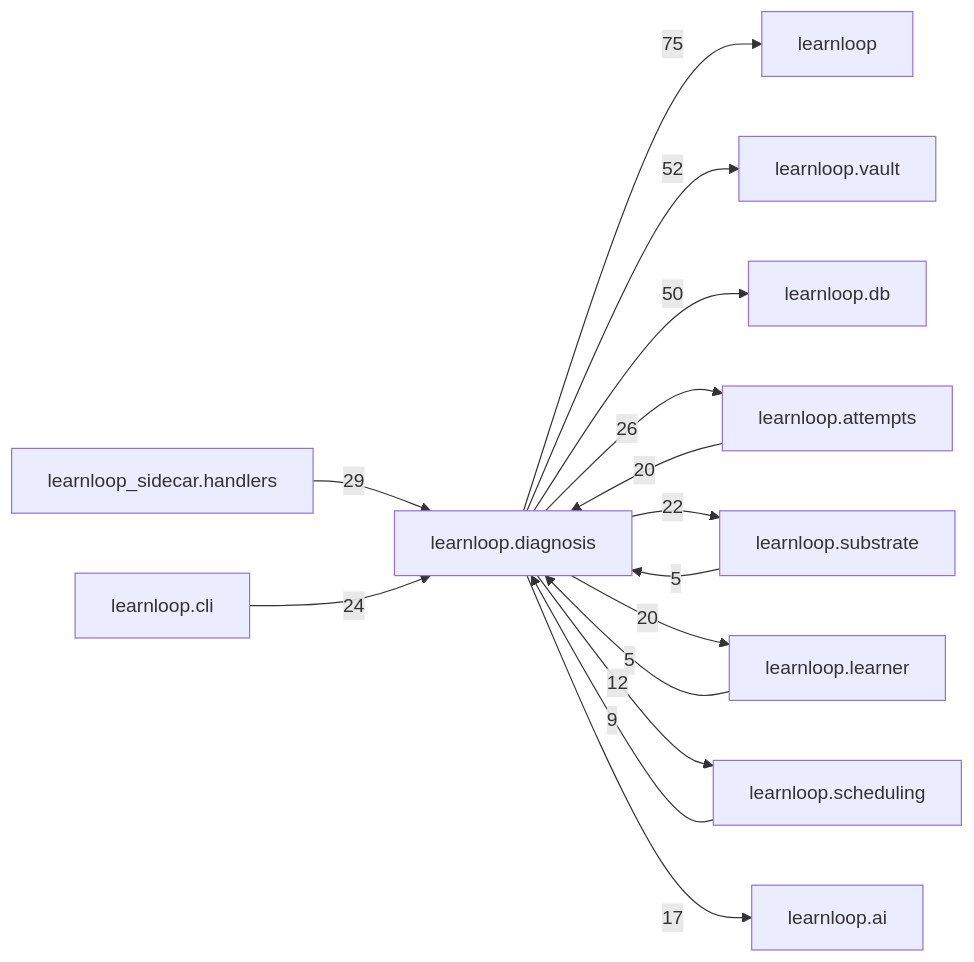
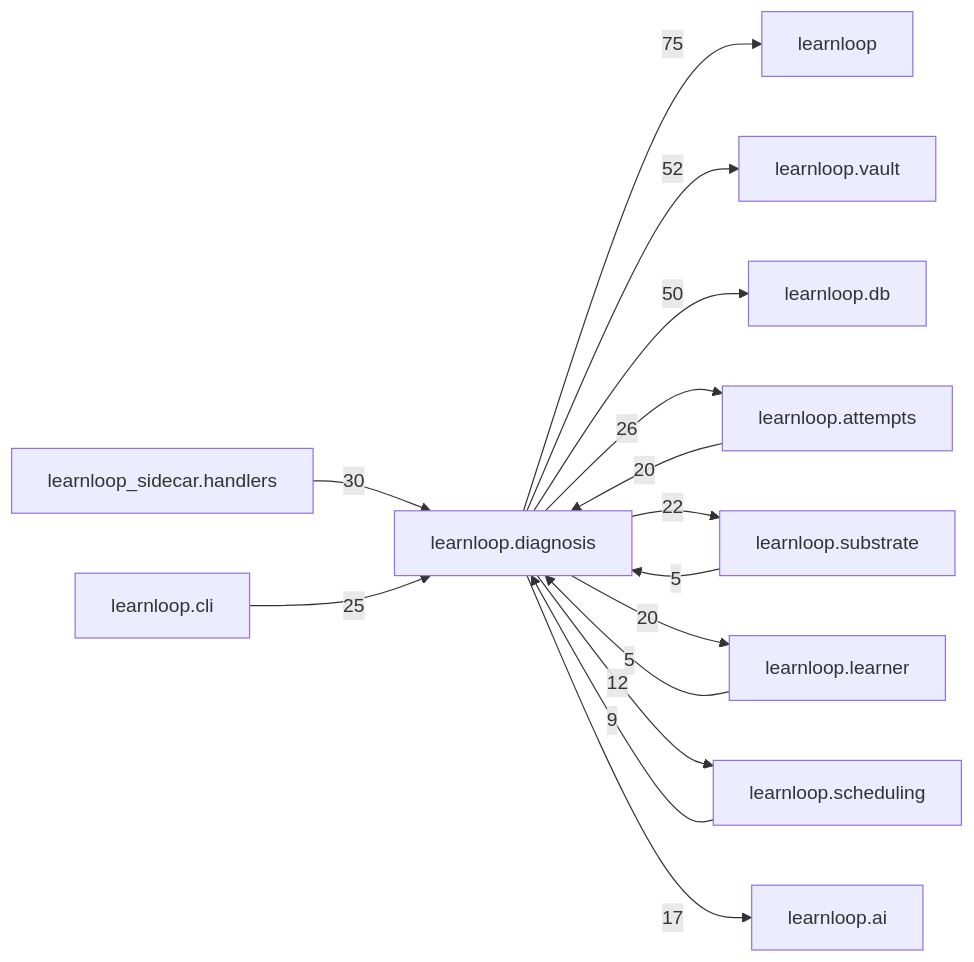
One commit to 6up-b/learnanything changed the diagram in docs/learnloop-architecture-vault/Reference/Modules/learnloop/diagnosis/_package.md. Above: the diagram before and after it, drawn with Mermaid. The commit also changed other lines of this file and 590 other files, not shown here.

````diff
--- a/docs/learnloop-architecture-vault/Reference/Modules/learnloop/diagnosis/_package.md
+++ b/docs/learnloop-architecture-vault/Reference/Modules/learnloop/diagnosis/_package.md
@@ -234,28 +236,28 @@
 ```mermaid
 flowchart LR
     center["learnloop.diagnosis"]
     n_learnloop["learnloop"]
     n_learnloop_vault["learnloop.vault"]
     n_learnloop_db["learnloop.db"]
     n_learnloop_attempts["learnloop.attempts"]
     n_learnloop_sidecar_handlers["learnloop_sidecar.handlers"]
     n_learnloop_substrate["learnloop.substrate"]
+    n_learnloop_cli["learnloop.cli"]
     n_learnloop_learner["learnloop.learner"]
-    n_learnloop_cli["learnloop.cli"]
     n_learnloop_scheduling["learnloop.scheduling"]
     n_learnloop_ai["learnloop.ai"]
     center -->|75| n_learnloop
     center -->|52| n_learnloop_vault
     center -->|50| n_learnloop_db
     n_learnloop_attempts -->|20| center
     center -->|26| n_learnloop_attempts
-    n_learnloop_sidecar_handlers -->|29| center
+    n_learnloop_sidecar_handlers -->|30| center
     n_learnloop_substrate -->|5| center
     center -->|22| n_learnloop_substrate
+    n_learnloop_cli -->|25| center
     n_learnloop_learner -->|5| center
     center -->|20| n_learnloop_learner
-    n_learnloop_cli -->|24| center
     n_learnloop_scheduling -->|9| center
     center -->|12| n_learnloop_scheduling
     center -->|17| n_learnloop_ai
 ```
````
